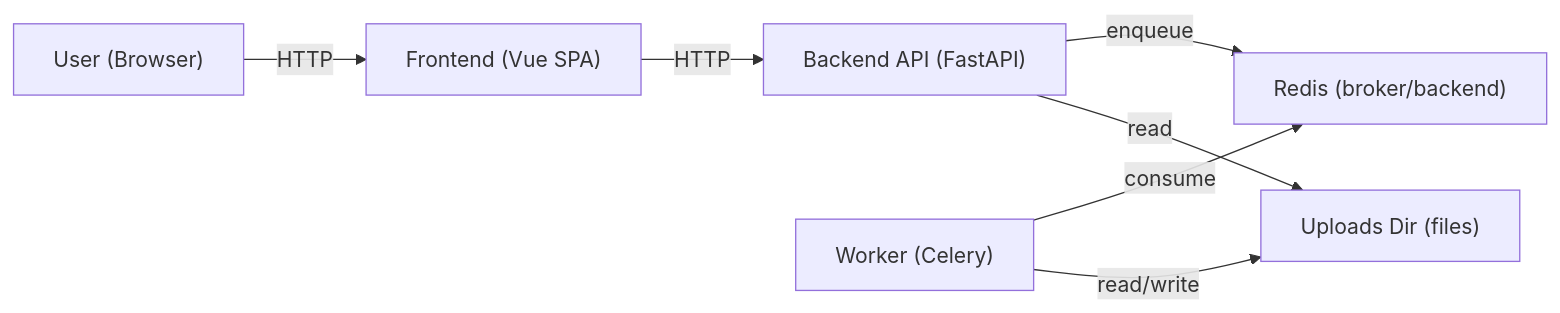
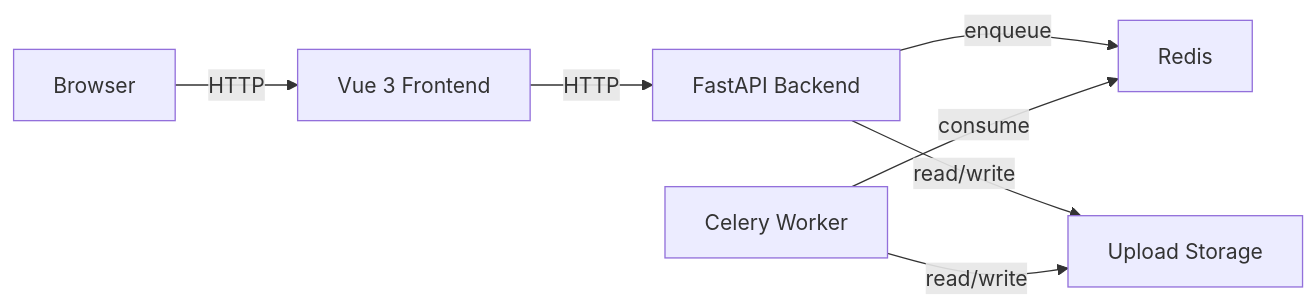
One commit to a1354013-alt/ai_subtitle_tool changed the diagram in README.md. Above: the diagram before and after it, drawn with Mermaid. The commit also changed other lines of this file and 33 other files, not shown here.

````diff
--- a/README.md
+++ b/README.md
@@ -16,9 +18,9 @@
 ```mermaid
 flowchart LR
-  U["User (Browser)"] -->|HTTP| F["Frontend (Vue SPA)"]
-  F -->|HTTP| B["Backend API (FastAPI)"]
-  B -->|enqueue| R["Redis (broker/backend)"]
-  W["Worker (Celery)"] -->|consume| R
-  W -->|read/write| FS["Uploads Dir (files)"]
-  B -->|read| FS
+  U["Browser"] -->|HTTP| F["Vue 3 Frontend"]
+  F -->|HTTP| B["FastAPI Backend"]
+  B -->|enqueue| R["Redis"]
+  W["Celery Worker"] -->|consume| R
+  B -->|read/write| S["Upload Storage"]
+  W -->|read/write| S
 ```
````
